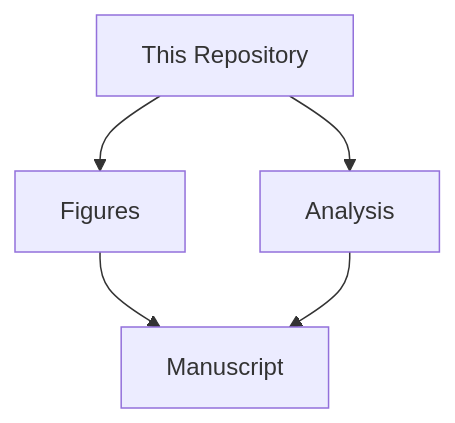
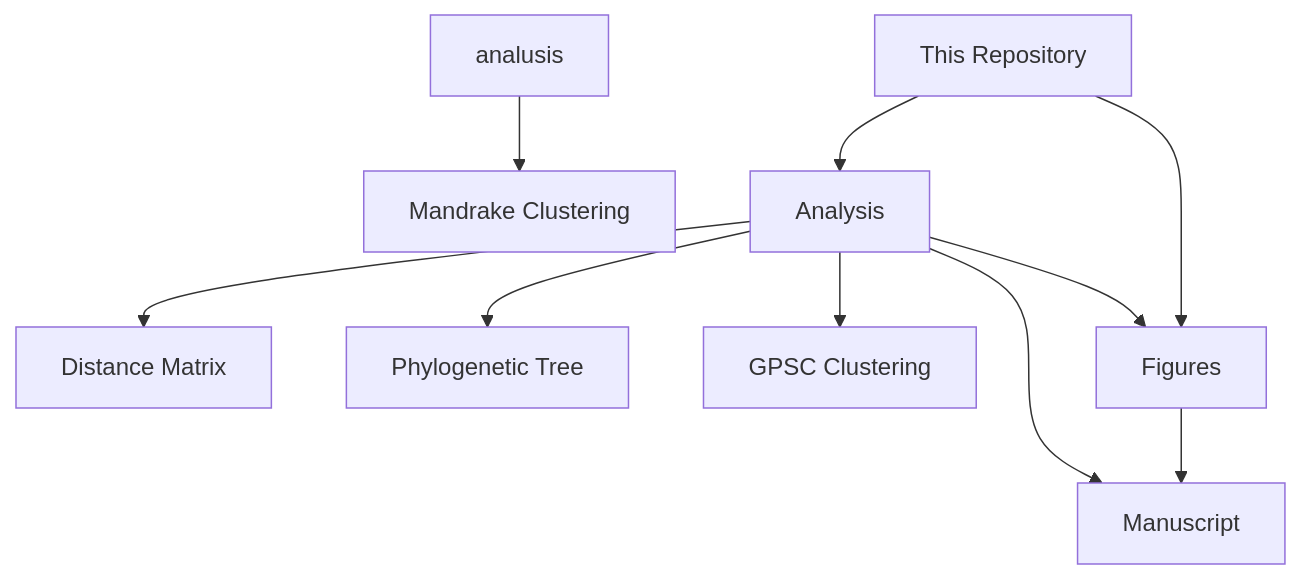
The diagram in README.md (duncanberger/backup_pgl2024), drawn with Mermaid before and after one commit.

````diff
--- a/README.md
+++ b/README.md
@@ -30,14 +30,24 @@
 ```mermaid
 graph TD;
 repo[This Repository]
+dist[Distance Matrix]
+tree[Phylogenetic Tree]
+clust[GPSC Clustering]
+clust2[Mandrake Clustering]
+
 repo-->Analysis;
+Analysis-->dist;
+Analysis-->tree;
+Analysis-->clust;
+analusis-->clust2;
 repo-->Figures;
+Analysis-->Figures;
 Figures-->Manuscript;
 Analysis-->Manuscript;
 
 
 
 
 
 
 ```
````
